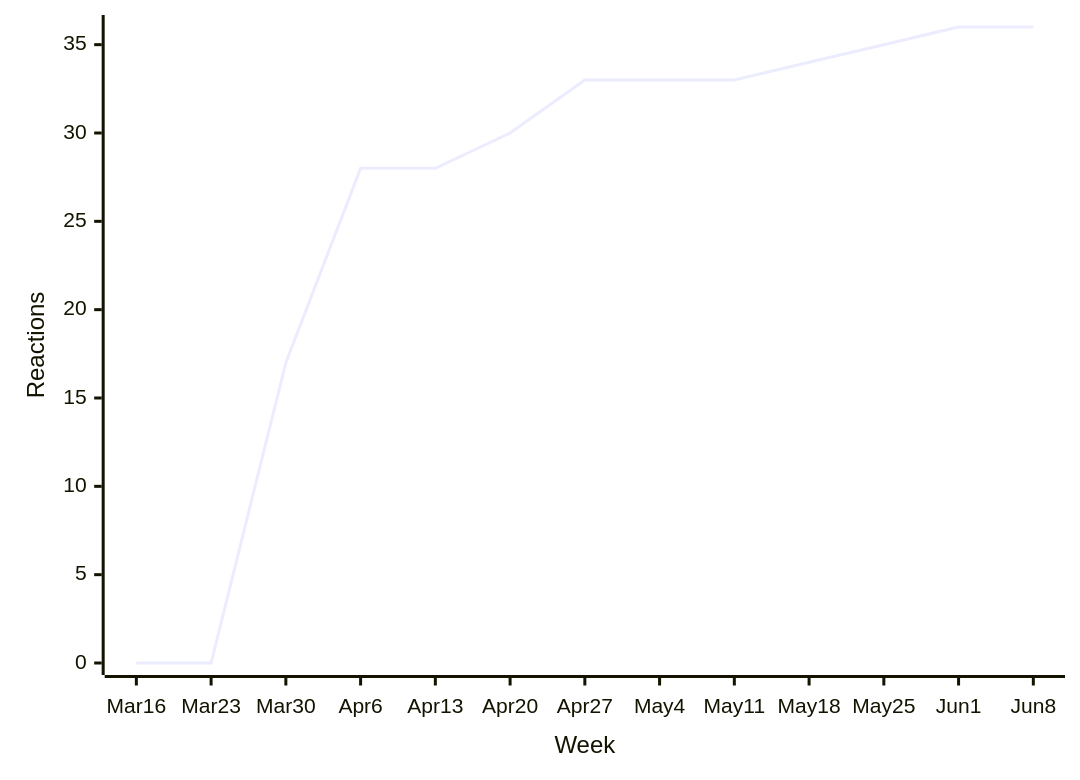
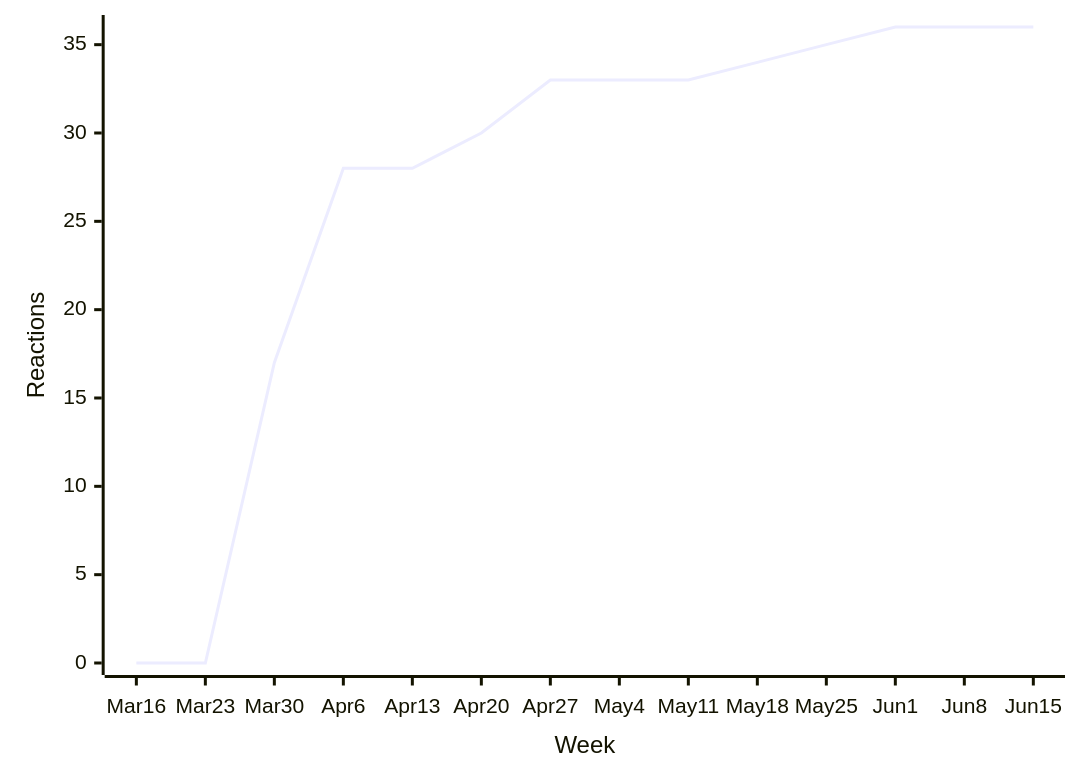
Before and after one commit to loic-sharma/github-insights: the second of 47 diagrams in README.md, drawn with Mermaid. The commit also changed other lines of this file and 3 other files, not shown here.

````diff
--- a/README.md
+++ b/README.md
@@ -356,6 +356,6 @@
   ```mermaid
   xychart-beta
-    x-axis "Week" [Mar 16, Mar 23, Mar 30, Apr 6, Apr 13, Apr 20, Apr 27, May 4, May 11, May 18, May 25, Jun 1, Jun 8]
+    x-axis "Week" [Mar 16, Mar 23, Mar 30, Apr 6, Apr 13, Apr 20, Apr 27, May 4, May 11, May 18, May 25, Jun 1, Jun 8, Jun 15]
     y-axis "Reactions"
-    line [0, 0, 17, 28, 28, 30, 33, 33, 33, 34, 35, 36, 36]
+    line [0, 0, 17, 28, 28, 30, 33, 33, 33, 34, 35, 36, 36, 36]
   ```
````
